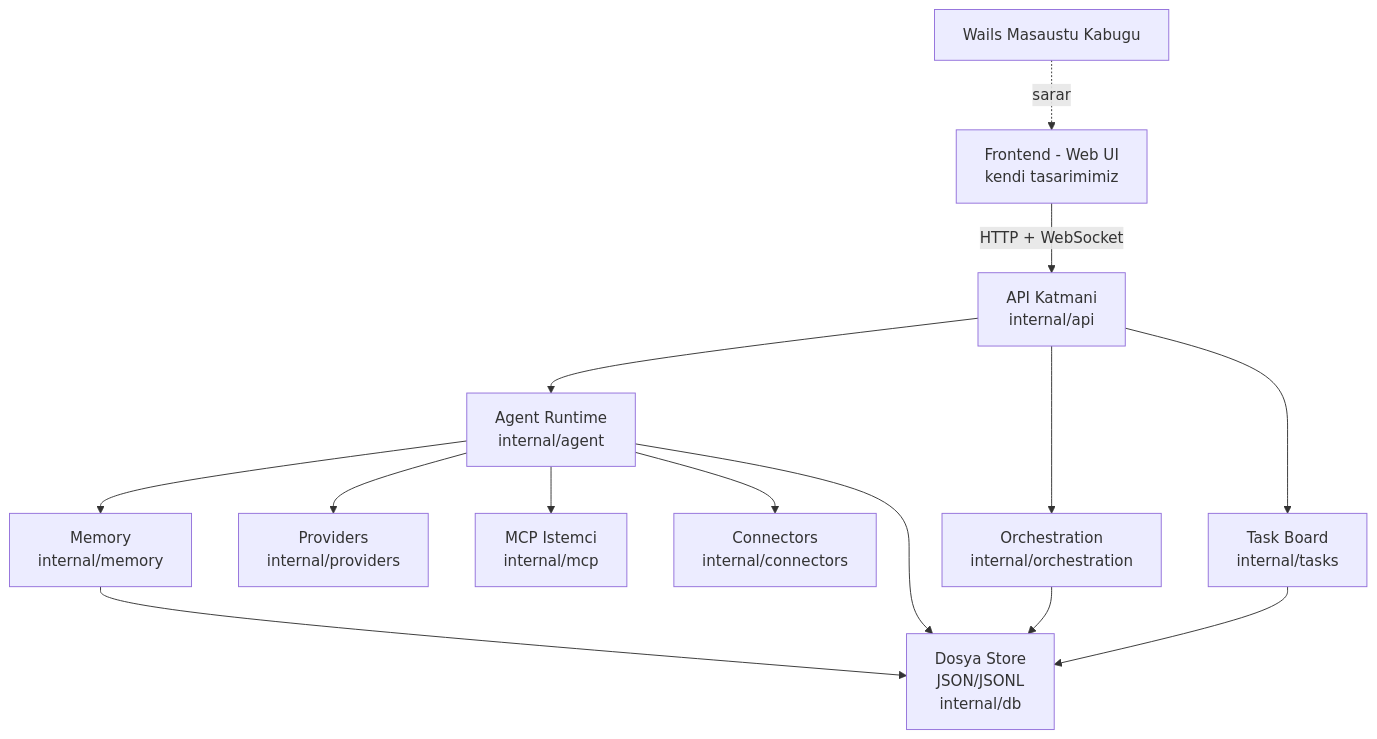
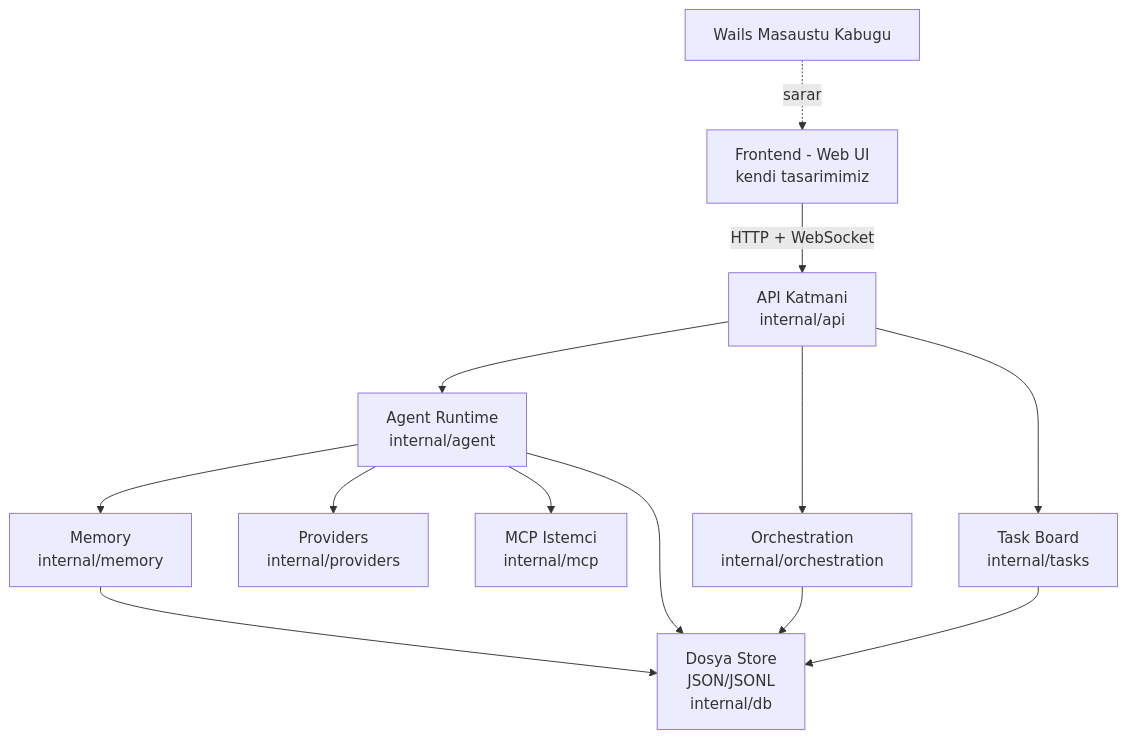
One commit to bilal-arikan/tionharness changed the first of 2 diagrams in _Docs/01-MIMARI.md. Above: the diagram before and after it, drawn with Mermaid. The commit also changed other lines of this file and 6 other files, not shown here.

````diff
--- a/_Docs/01-MIMARI.md
+++ b/_Docs/01-MIMARI.md
@@ -5,16 +5,15 @@
 ```mermaid
 graph TD
     UI[Frontend - Web UI<br/>kendi tasarimimiz] -->|HTTP + WebSocket| API[API Katmani<br/>internal/api]
     API --> RT[Agent Runtime<br/>internal/agent]
     API --> ORC[Orchestration<br/>internal/orchestration]
     API --> TASK[Task Board<br/>internal/tasks]
     RT --> MEM[Memory<br/>internal/memory]
     RT --> PROV[Providers<br/>internal/providers]
     RT --> MCP[MCP Istemci<br/>internal/mcp]
-    RT --> CONN[Connectors<br/>internal/connectors]
     MEM --> DB[Dosya Store<br/>JSON/JSONL<br/>internal/db]
     TASK --> DB
     RT --> DB
     ORC --> DB
     WAILS[Wails Masaustu Kabugu] -.sarar.-> UI
 ```
````
